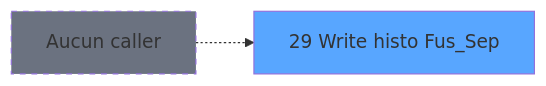
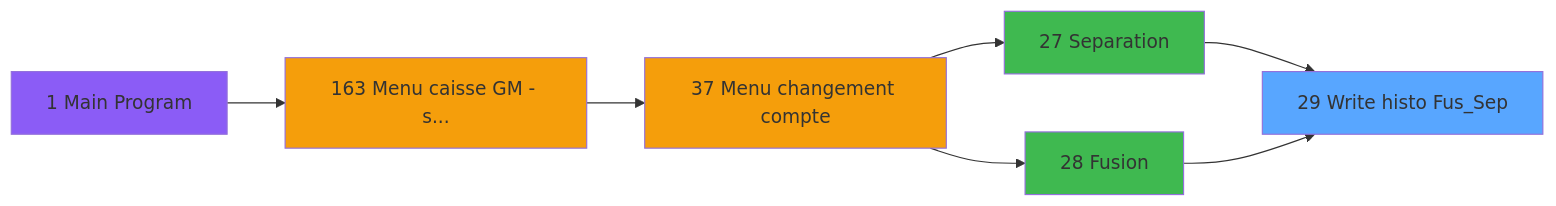
Before and after one commit to thonyAGP/magic-migration: the second of 3 diagrams in .openspec/specs/ADH-IDE-29.md, drawn with Mermaid. The commit also changed other lines of this file and 253 other files, not shown here.

````diff
--- a/.openspec/specs/ADH-IDE-29.md
+++ b/.openspec/specs/ADH-IDE-29.md
@@ -168,8 +185,21 @@
 ```mermaid
 graph LR
     T29[29 Write histo Fus_Sep]
     style T29 fill:#58a6ff
-    NONE[Aucun caller]
-    NONE -.-> T29
-    style NONE fill:#6b7280,stroke-dasharray: 5 5
+    CC1[1 Main Program]
+    style CC1 fill:#8b5cf6
+    CC163[163 Menu caisse GM - s...]
+    style CC163 fill:#f59e0b
+    CC37[37 Menu changement compte]
+    style CC37 fill:#f59e0b
+    CC27[27 Separation]
+    style CC27 fill:#3fb950
+    CC28[28 Fusion]
+    style CC28 fill:#3fb950
+    CC37 --> CC27
+    CC37 --> CC28
+    CC163 --> CC37
+    CC1 --> CC163
+    CC27 --> T29
+    CC28 --> T29
 ```
````
